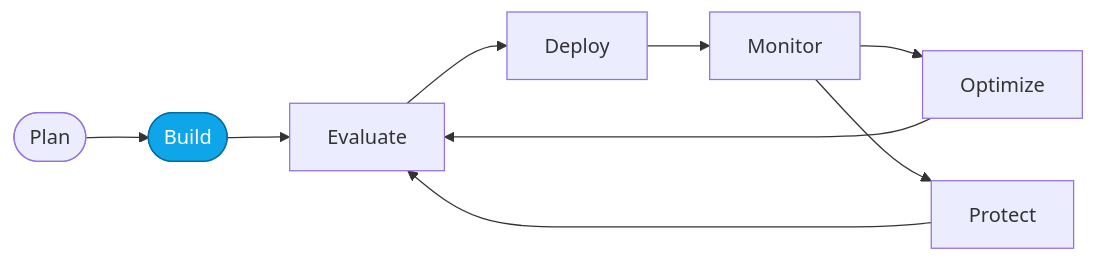
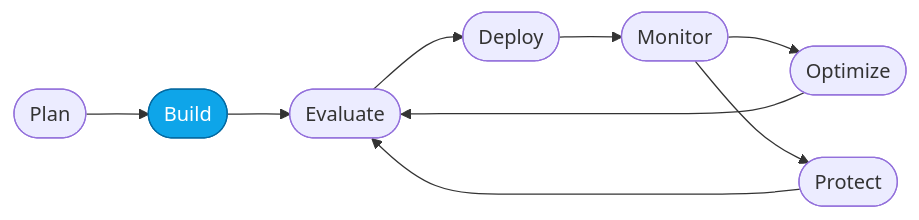
One commit to microsoft-foundry/agent-optimization-workshop changed the diagram in labs/fundamentals/01-provision-azd.md. Above: the diagram before and after it, drawn with Mermaid. The commit also changed other lines of this file and 17 other files, not shown here.

````diff
--- a/labs/fundamentals/01-provision-azd.md
+++ b/labs/fundamentals/01-provision-azd.md
@@ -13,8 +15,8 @@
 ```mermaid
 flowchart LR
     Plan([Plan]) --> Build([Build]):::active
-    Build --> Evaluate --> Deploy --> Monitor --> Optimize --> Evaluate
-    Monitor --> Protect --> Evaluate
+    Build --> Evaluate([Evaluate]) --> Deploy([Deploy]) --> Monitor([Monitor]) --> Optimize([Optimize]) --> Evaluate
+    Monitor --> Protect([Protect]) --> Evaluate
 
     classDef active fill:#0ea5e9,stroke:#0369a1,color:#fff;
 ```
````
